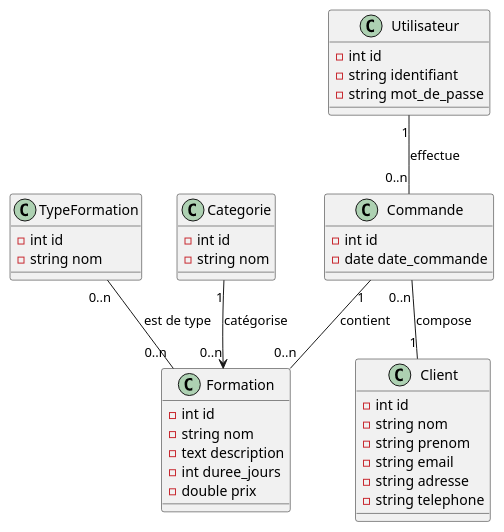
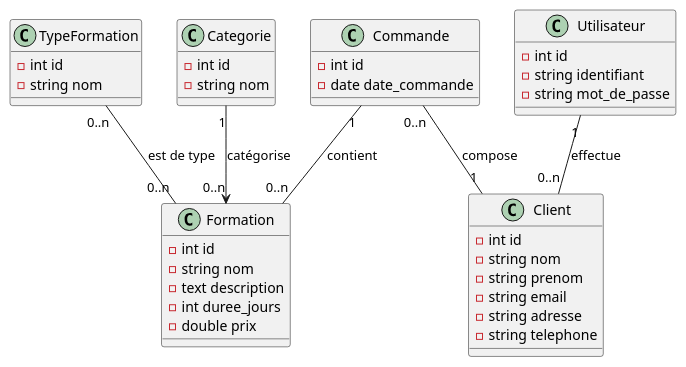
Before and after one commit to DucasseRafael91/VenteFormation: the diagram in doc/uml/2-class/venteFormation-class.puml, drawn with PlantUML.

Commit message:
Suppression du lien entre les tables utilisateur et commande dans le DIAGRAMME DE CLASSE

```diff
--- a/doc/uml/2-class/venteFormation-class.puml
+++ b/doc/uml/2-class/venteFormation-class.puml
@@ -1,47 +1,47 @@
 @startuml VenteFormation
 
 class Formation {
     -int id
     -string nom
     -text description
     -int duree_jours
     -double prix
 }
 
 class TypeFormation {
     -int id
     -string nom
 }
 
 class Categorie {
     -int id
     -string nom
 }
 
 class Utilisateur {
     -int id
     -string identifiant
     -string mot_de_passe
 }
 
 class Client {
     -int id
     -string nom
     -string prenom
     -string email
     -string adresse
     -string telephone
 }
 
 class Commande {
     -int id
     -date date_commande
 }
 
 Categorie "1" --> "0..n" Formation : catégorise
 TypeFormation "0..n" -- "0..n" Formation : est de type
-Utilisateur "1" -- "0..n" Commande : effectue
+Utilisateur "1" -- "0..n" Client : effectue
 Commande "1" -- "0..n" Formation : contient
 Commande "0..n" -- "1" Client : compose
 
 @enduml
```
